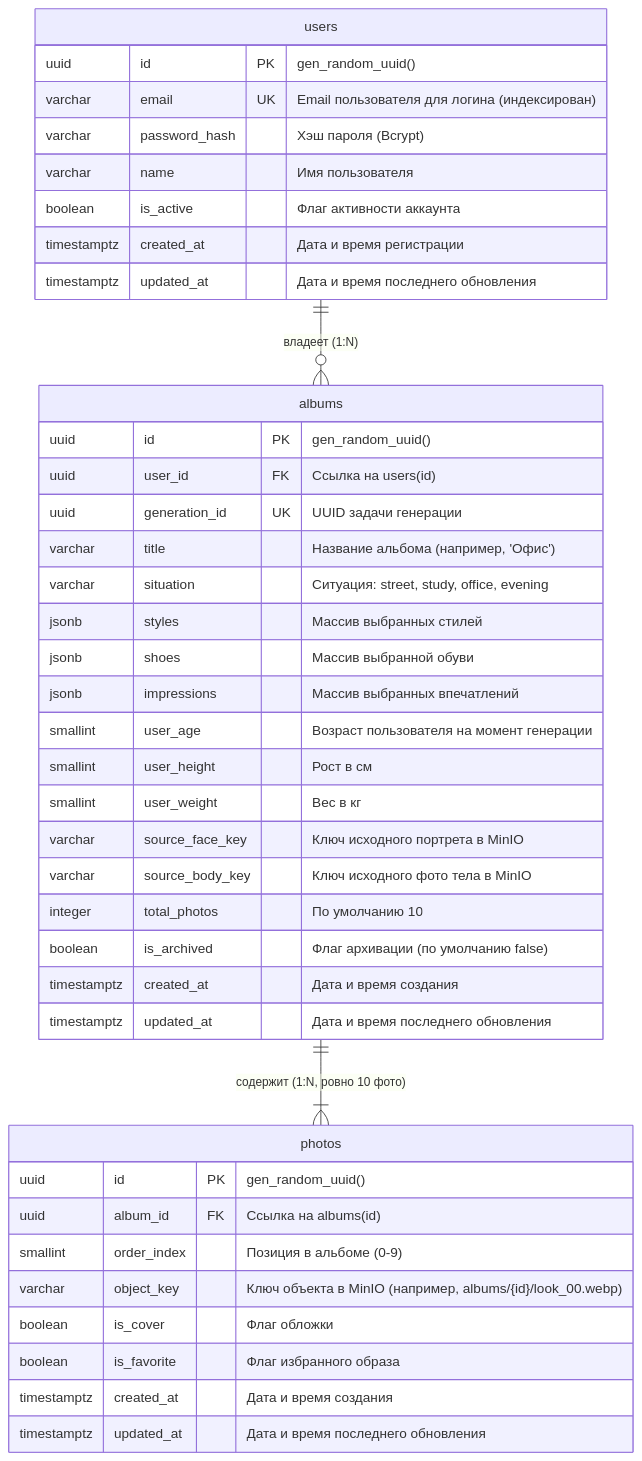
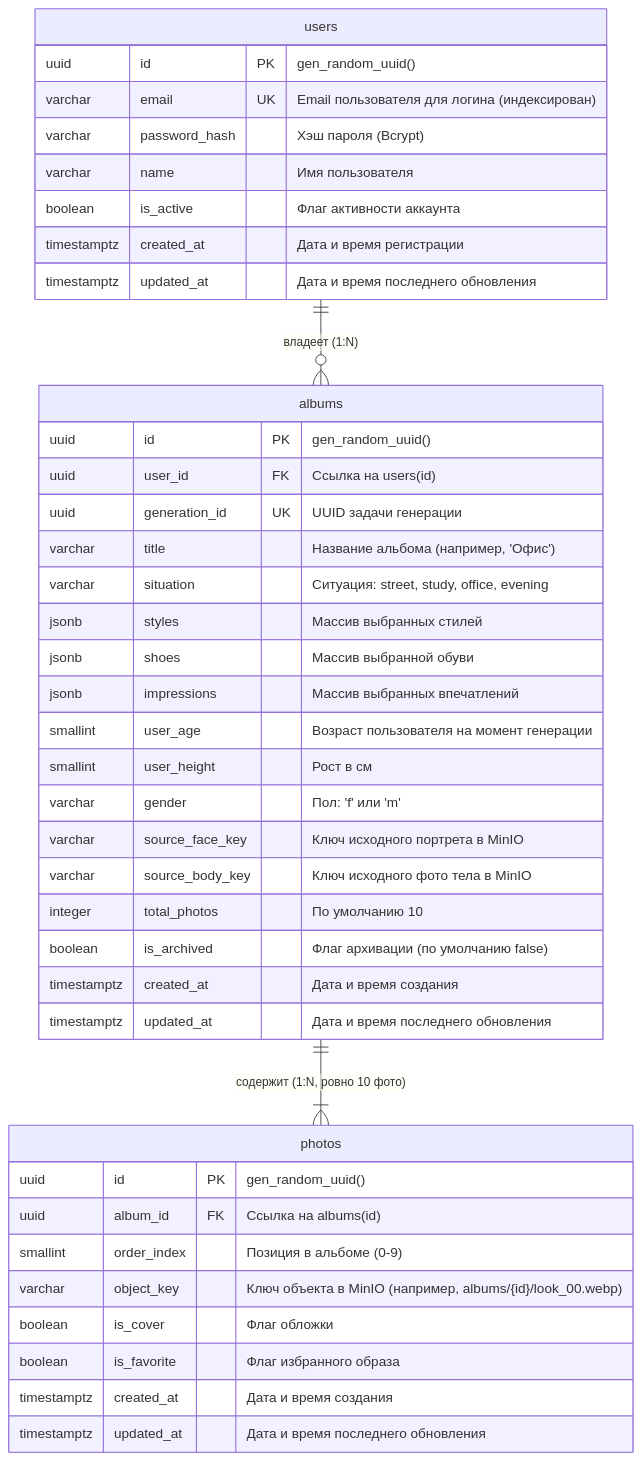
The diagram in src/backend_core/common_doc/DB_STRUCTURE.md (MaximB0nd/ai-stylist), drawn with Mermaid before and after one commit. The commit also changed other lines of this file and 8 other files, not shown here.

````diff
--- a/src/backend_core/common_doc/DB_STRUCTURE.md
+++ b/src/backend_core/common_doc/DB_STRUCTURE.md
@@ -9,46 +9,46 @@
 ```mermaid
 erDiagram
     users ||--o{ albums : "владеет (1:N)"
     albums ||--|{ photos : "содержит (1:N, ровно 10 фото)"
 
     users {
         uuid id PK "gen_random_uuid()"
         varchar email UK "Email пользователя для логина (индексирован)"
         varchar password_hash "Хэш пароля (Bcrypt)"
         varchar name "Имя пользователя"
         boolean is_active "Флаг активности аккаунта"
         timestamptz created_at "Дата и время регистрации"
         timestamptz updated_at "Дата и время последнего обновления"
     }
 
     albums {
         uuid id PK "gen_random_uuid()"
         uuid user_id FK "Ссылка на users(id)"
         uuid generation_id UK "UUID задачи генерации"
         varchar title "Название альбома (например, 'Офис')"
         varchar situation "Ситуация: street, study, office, evening"
         jsonb styles "Массив выбранных стилей"
         jsonb shoes "Массив выбранной обуви"
         jsonb impressions "Массив выбранных впечатлений"
         smallint user_age "Возраст пользователя на момент генерации"
         smallint user_height "Рост в см"
-        smallint user_weight "Вес в кг"
+        varchar gender "Пол: 'f' или 'm'"
         varchar source_face_key "Ключ исходного портрета в MinIO"
         varchar source_body_key "Ключ исходного фото тела в MinIO"
         integer total_photos "По умолчанию 10"
         boolean is_archived "Флаг архивации (по умолчанию false)"
         timestamptz created_at "Дата и время создания"
         timestamptz updated_at "Дата и время последнего обновления"
     }
 
     photos {
         uuid id PK "gen_random_uuid()"
         uuid album_id FK "Ссылка на albums(id)"
         smallint order_index "Позиция в альбоме (0-9)"
         varchar object_key "Ключ объекта в MinIO (например, albums/{id}/look_00.webp)"
         boolean is_cover "Флаг обложки"
         boolean is_favorite "Флаг избранного образа"
         timestamptz created_at "Дата и время создания"
         timestamptz updated_at "Дата и время последнего обновления"
     }
 ```
````
